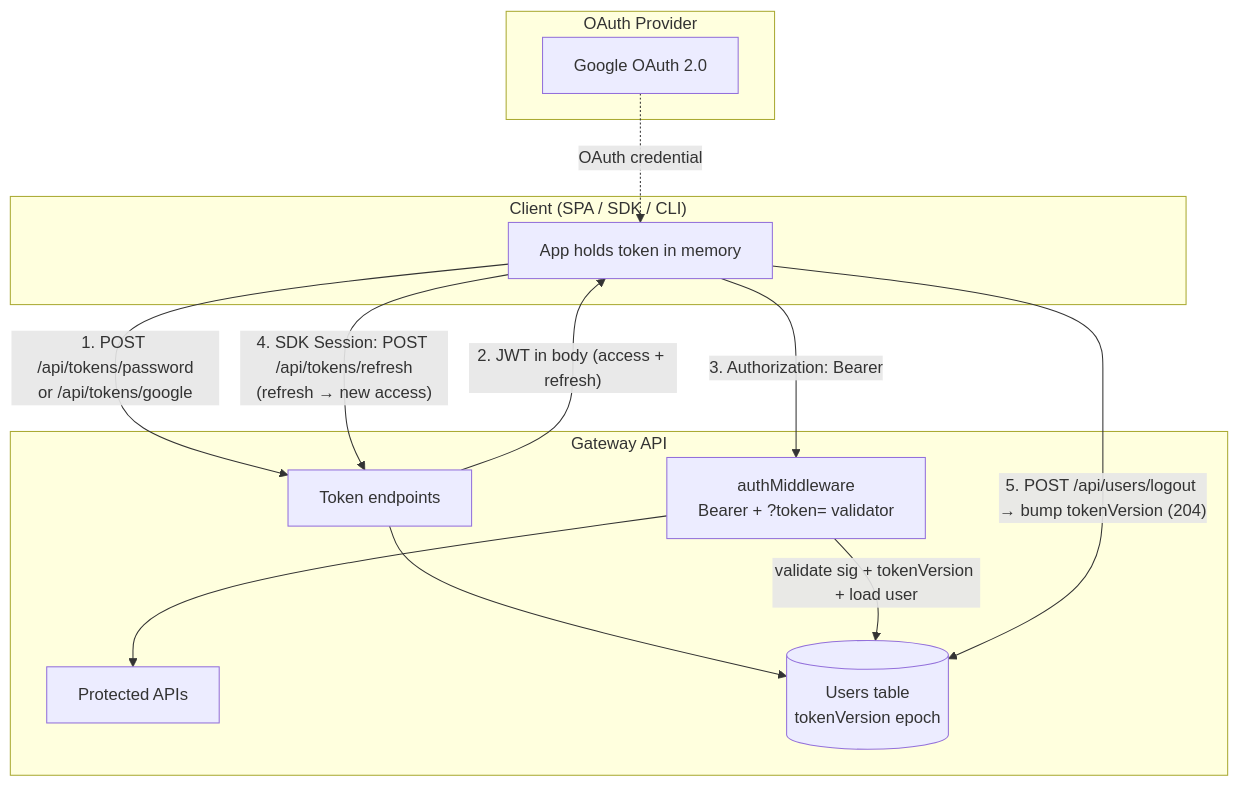
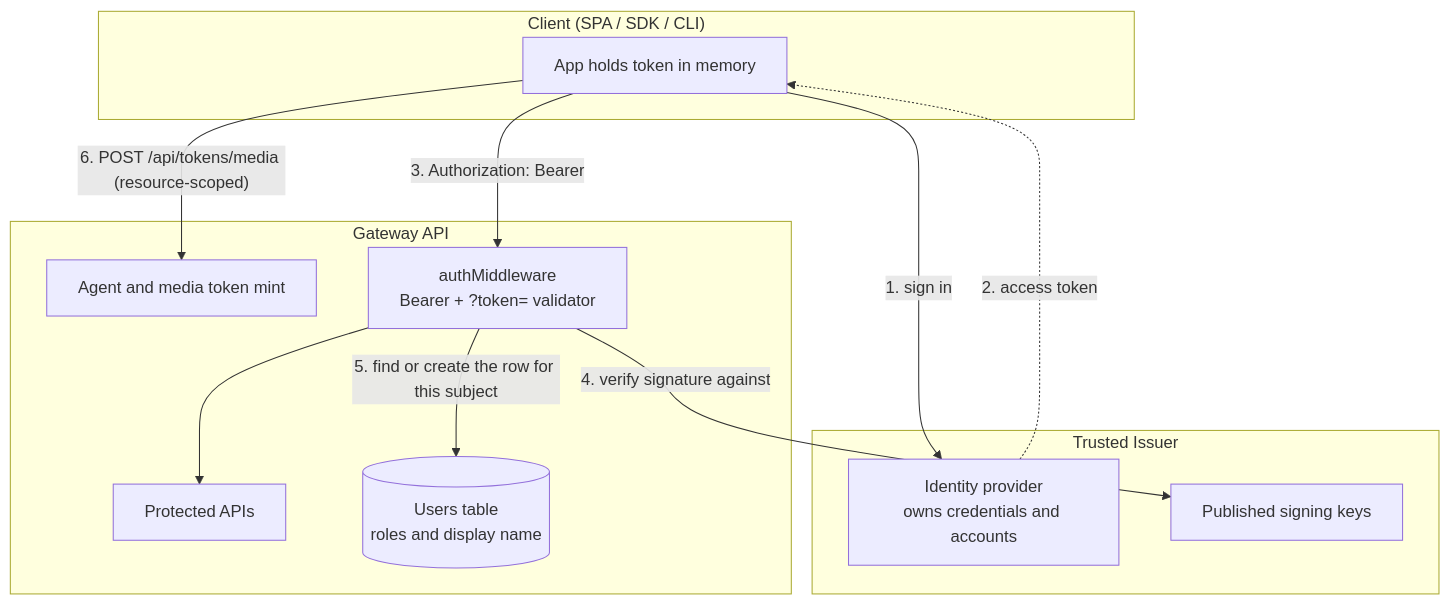
One commit to The-AI-Alliance/semiont changed the diagram in docs/system/administration/AUTHENTICATION.md. Above: the diagram before and after it, drawn with Mermaid. The commit also changed other lines of this file and 401 other files, not shown here.

First line of the commit message:
Identity moves to the issuer: Keycloak, service accounts, and the end of the user table (#1394)

````diff
--- a/docs/system/administration/AUTHENTICATION.md
+++ b/docs/system/administration/AUTHENTICATION.md
@@ -21,28 +21,27 @@
 ```mermaid
 graph TB
     subgraph "Client (SPA / SDK / CLI)"
         App[App holds token in memory]
     end
 
-    subgraph "OAuth Provider"
-        Google[Google OAuth 2.0]
+    subgraph "Trusted Issuer"
+        IdP[Identity provider<br/>owns credentials and accounts]
+        JWKS[Published signing keys]
     end
 
     subgraph "Gateway API"
-        TokenGen[Token endpoints]
+        TokenGen[Agent and media token mint]
         MW[authMiddleware<br/>Bearer + ?token= validator]
         API[Protected APIs]
-        Users[(Users table<br/>tokenVersion epoch)]
+        Users[(Users table<br/>roles and display name)]
     end
 
-    App -->|"1. POST /api/tokens/password<br/>or /api/tokens/google"| TokenGen
-    Google -.->|OAuth credential| App
-    TokenGen -->|"2. JWT in body (access + refresh)"| App
-    TokenGen --> Users
+    App -->|"1. sign in"| IdP
+    IdP -.->|"2. access token"| App
 
-    App -->|"3. Authorization: Bearer <access>"| MW
-    MW -->|"validate sig + tokenVersion + load user"| Users
+    App -->|"3. Authorization: Bearer <token>"| MW
+    MW -->|"4. verify signature against"| JWKS
+    MW -->|"5. find or create the row for this subject"| Users
     MW --> API
-    App -->|"4. SDK Session: POST /api/tokens/refresh<br/>(refresh → new access)"| TokenGen
-    App -->|"5. POST /api/users/logout → bump tokenVersion (204)"| Users
+    App -->|"6. POST /api/tokens/media (resource-scoped)"| TokenGen
 ```
````
